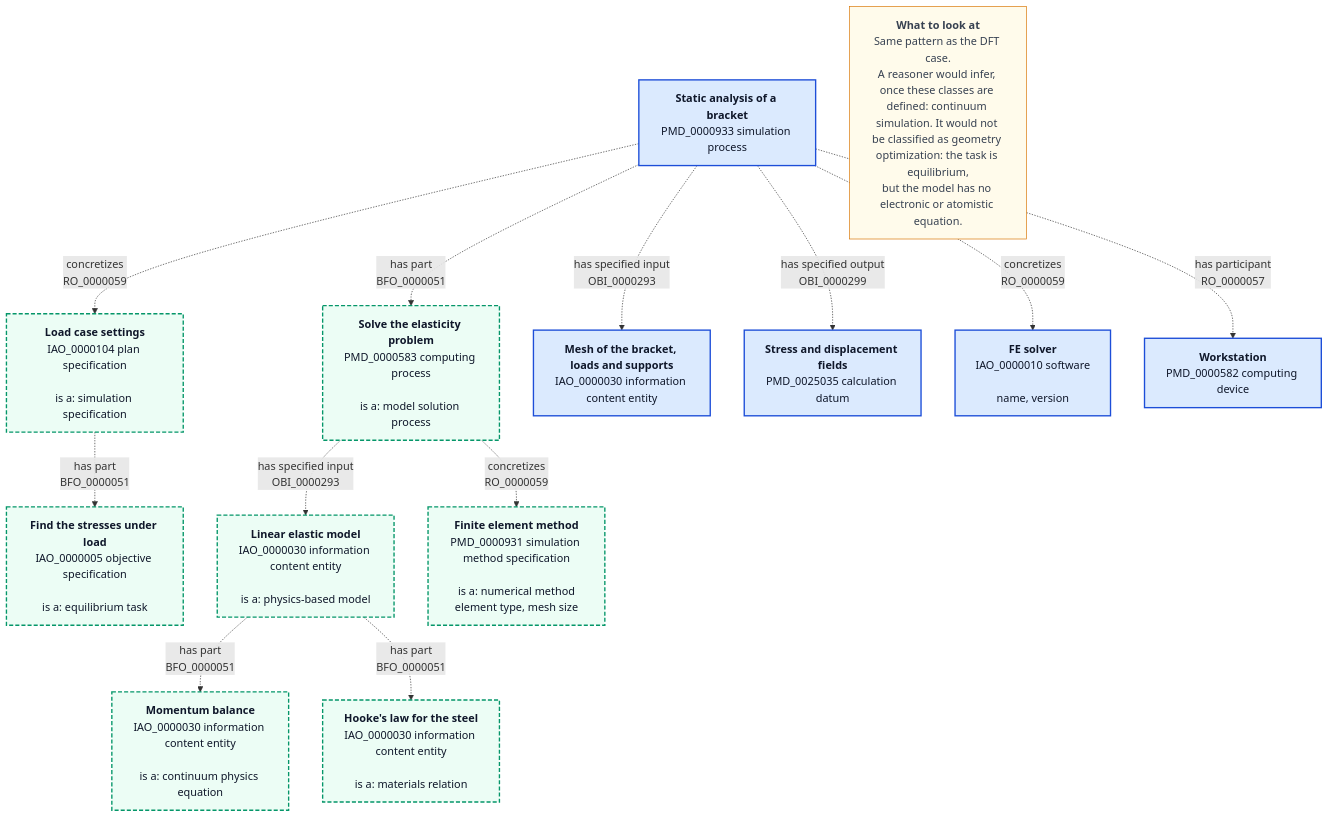
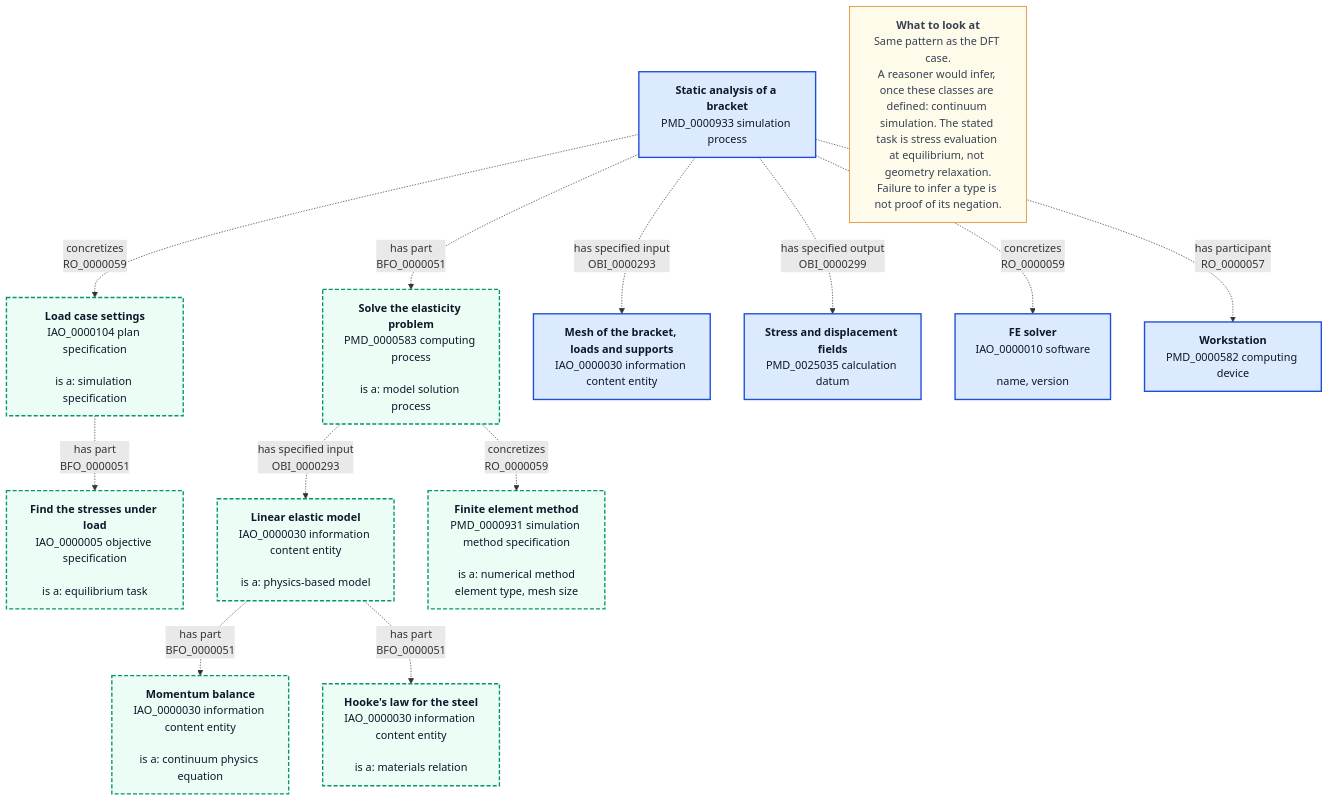
Before and after one commit to BAMresearch/mermantics: the diagram in web/options/e-task-model-solver/fem.mmd, drawn with Mermaid. The commit also changed 12 other files, not shown here.

```diff
--- a/web/options/e-task-model-solver/fem.mmd
+++ b/web/options/e-task-model-solver/fem.mmd
@@ -1,36 +1,36 @@
 flowchart TB
 
 %% Option E. Task, model and solver as parts: static FEM analysis
 %% Engineering: a static finite element analysis of a loaded steel bracket.
 
     Analysis["<b>Static analysis of a bracket</b><br>PMD_0000933 simulation process"]:::local
     Spec["<b>Load case settings</b><br>IAO_0000104 plan specification<br><br>is a: simulation specification"]:::proposed
     Task["<b>Find the stresses under load</b><br>IAO_0000005 objective specification<br><br>is a: equilibrium task"]:::proposed
     Solve["<b>Solve the elasticity problem</b><br>PMD_0000583 computing process<br><br>is a: model solution process"]:::proposed
     ElasticModel["<b>Linear elastic model</b><br>IAO_0000030 information content entity<br><br>is a: physics-based model"]:::proposed
     Balance["<b>Momentum balance</b><br>IAO_0000030 information content entity<br><br>is a: continuum physics equation"]:::proposed
     Hooke["<b>Hooke's law for the steel</b><br>IAO_0000030 information content entity<br><br>is a: materials relation"]:::proposed
     FEMethod["<b>Finite element method</b><br>PMD_0000931 simulation method specification<br><br>is a: numerical method<br>element type, mesh size"]:::proposed
     Mesh["<b>Mesh of the bracket, loads and supports</b><br>IAO_0000030 information content entity"]:::local
     Stress["<b>Stress and displacement fields</b><br>PMD_0025035 calculation datum"]:::local
     Code["<b>FE solver</b><br>IAO_0000010 software<br><br>name, version"]:::local
     Node["<b>Workstation</b><br>PMD_0000582 computing device"]:::local
-    Note["<b>What to look at</b><br>Same pattern as the DFT case.<br>A reasoner would infer, once these classes are defined: continuum simulation. It would not be classified as geometry optimization: the task is equilibrium,<br>but the model has no electronic or atomistic equation."]:::note
+    Note["<b>What to look at</b><br>Same pattern as the DFT case.<br>A reasoner would infer, once these classes are defined: continuum simulation. The stated task is stress evaluation at equilibrium, not geometry relaxation.<br>Failure to infer a type is not proof of its negation."]:::note
 
     Analysis -. "concretizes<br>RO_0000059" .-> Spec
     Spec -. "has part<br>BFO_0000051" .-> Task
     Analysis -. "has part<br>BFO_0000051" .-> Solve
     Solve -. "has specified input<br>OBI_0000293" .-> ElasticModel
     Solve -. "concretizes<br>RO_0000059" .-> FEMethod
     ElasticModel -. "has part<br>BFO_0000051" .-> Balance
     ElasticModel -. "has part<br>BFO_0000051" .-> Hooke
     Analysis -. "has specified input<br>OBI_0000293" .-> Mesh
     Analysis -. "has specified output<br>OBI_0000299" .-> Stress
     Analysis -. "concretizes<br>RO_0000059" .-> Code
     Analysis -. "has participant<br>RO_0000057" .-> Node
 
     classDef local fill:#dbeafe,stroke:#1d4ed8,stroke-width:2px,color:#0f172a
     classDef note fill:#fffbeb,stroke:#d97706,color:#374151
     classDef proposed fill:#ecfdf5,stroke:#059669,stroke-width:2px,stroke-dasharray:6 3,color:#0f172a
 
 %% mermantics-kinds {"Analysis":"process","Spec":"plan","Task":"plan","Solve":"process","ElasticModel":"information","Balance":"information","Hooke":"information","FEMethod":"plan","Mesh":"information","Stress":"data","Code":"software","Node":"device"}
```
